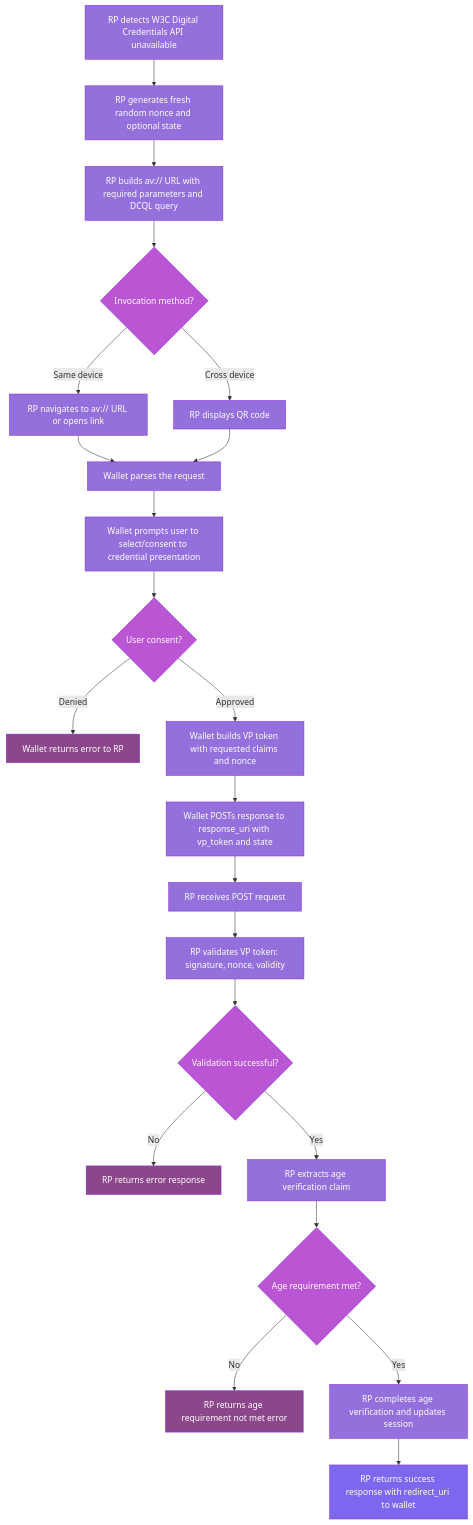
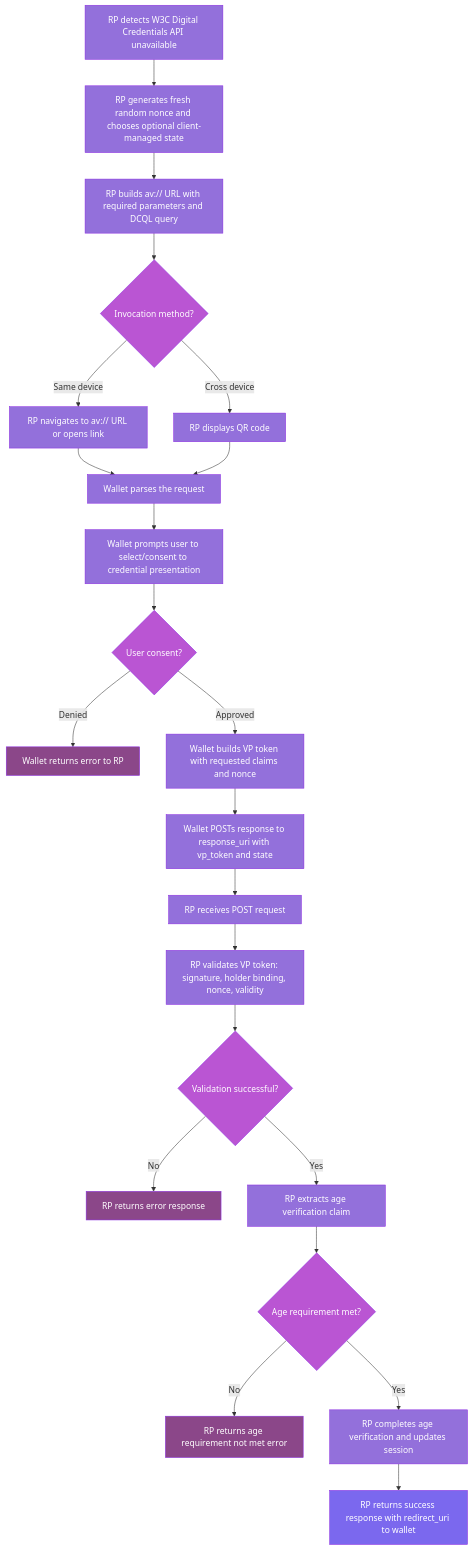
One commit to rd-ewqwe/ewqwe-identity changed the diagram in documentation/src/age_verification_openid4vp.md. Above: the diagram before and after it, drawn with Mermaid. The commit also changed other lines of this file and 36 other files, not shown here.

````diff
--- a/documentation/src/age_verification_openid4vp.md
+++ b/documentation/src/age_verification_openid4vp.md
@@ -19,46 +19,46 @@
 ```mermaid
 flowchart TD
-  A[RP detects W3C Digital Credentials API unavailable] --> B[RP generates fresh random nonce and optional state]
+  A[RP detects W3C Digital Credentials API unavailable] --> B[RP generates fresh random nonce and chooses optional client-managed state]
   B --> C[RP builds av:// URL with required parameters and DCQL query]
   C --> D{Invocation method?}
   D -->|Same device| E[RP navigates to av:// URL or opens link]
   D -->|Cross device| F[RP displays QR code]
   E --> G[Wallet parses the request]
   F --> G
   G --> H[Wallet prompts user to select/consent to credential presentation]
   H --> I{User consent?}
   I -->|Denied| J[Wallet returns error to RP]
   I -->|Approved| K[Wallet builds VP token with requested claims and nonce]
   K --> L[Wallet POSTs response to response_uri with vp_token and state]
   L --> M[RP receives POST request]
-  M --> N[RP validates VP token: signature, nonce, validity]
+  M --> N[RP validates VP token: signature, holder binding, nonce, validity]
   N --> O{Validation successful?}
   O -->|No| P[RP returns error response]
   O -->|Yes| Q[RP extracts age verification claim]
   Q --> R{Age requirement met?}
   R -->|No| S[RP returns age requirement not met error]
   R -->|Yes| T[RP completes age verification and updates session]
   T --> U[RP returns success response with redirect_uri to wallet]
   
   style A fill:#9370DB,stroke:#8A2BE2,color:#fff
   style B fill:#9370DB,stroke:#8A2BE2,color:#fff
   style C fill:#9370DB,stroke:#8A2BE2,color:#fff
   style D fill:#BA55D3,stroke:#8A2BE2,color:#fff
   style E fill:#9370DB,stroke:#8A2BE2,color:#fff
   style F fill:#9370DB,stroke:#8A2BE2,color:#fff
   style G fill:#9370DB,stroke:#8A2BE2,color:#fff
   style H fill:#9370DB,stroke:#8A2BE2,color:#fff
   style I fill:#BA55D3,stroke:#8A2BE2,color:#fff
   style J fill:#8B4789,stroke:#8A2BE2,color:#fff
   style K fill:#9370DB,stroke:#8A2BE2,color:#fff
   style L fill:#9370DB,stroke:#8A2BE2,color:#fff
   style M fill:#9370DB,stroke:#8A2BE2,color:#fff
   style N fill:#9370DB,stroke:#8A2BE2,color:#fff
   style O fill:#BA55D3,stroke:#8A2BE2,color:#fff
   style P fill:#8B4789,stroke:#8A2BE2,color:#fff
   style Q fill:#9370DB,stroke:#8A2BE2,color:#fff
   style R fill:#BA55D3,stroke:#8A2BE2,color:#fff
   style S fill:#8B4789,stroke:#8A2BE2,color:#fff
   style T fill:#9370DB,stroke:#8A2BE2,color:#fff
   style U fill:#7B68EE,stroke:#8A2BE2,color:#fff
 ```
````
